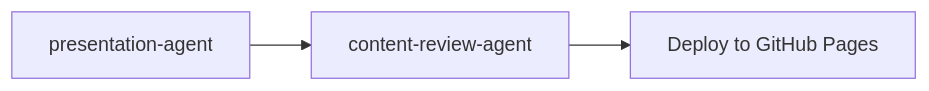
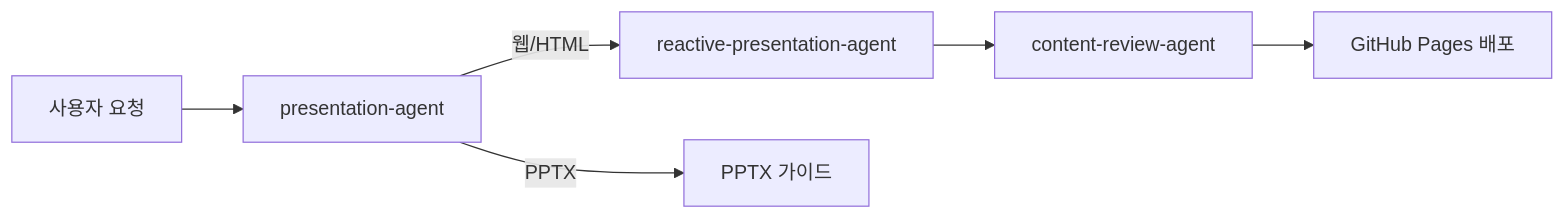
Before and after one commit to Atom-oh/oh-my-cloud-skills: the second of 2 diagrams in docs/docs/aws-content-plugin/agents/presentation-agent.md, drawn with Mermaid. The commit also changed other lines of this file and 146 other files, not shown here.

````diff
--- a/docs/docs/aws-content-plugin/agents/presentation-agent.md
+++ b/docs/docs/aws-content-plugin/agents/presentation-agent.md
@@ -141,5 +66,8 @@
 ```mermaid
 flowchart LR
-    A[presentation-agent] --> B[content-review-agent]
-    B --> C[Deploy to GitHub Pages]
+    A[사용자 요청] --> B[presentation-agent]
+    B -->|웹/HTML| C[reactive-presentation-agent]
+    B -->|PPTX| D[PPTX 가이드]
+    C --> E[content-review-agent]
+    E --> F[GitHub Pages 배포]
 ```
````
